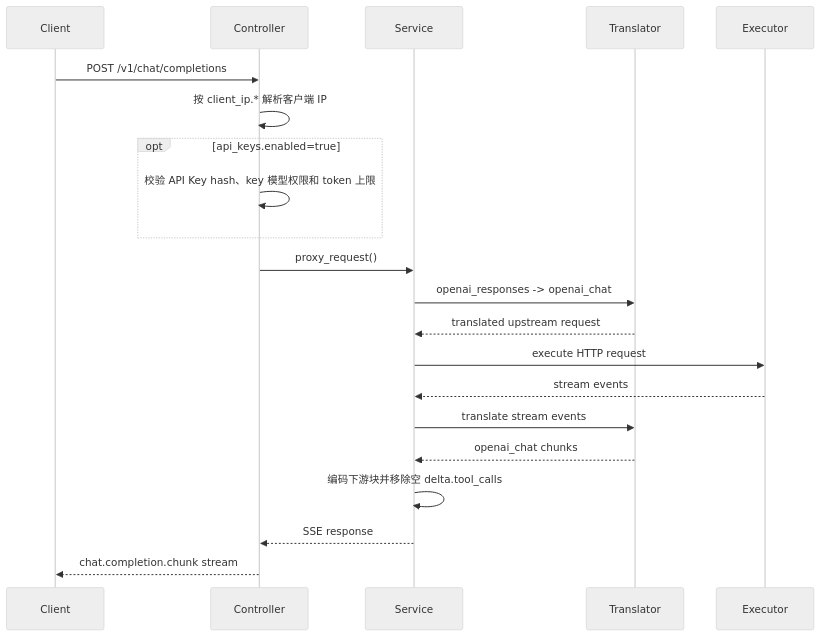
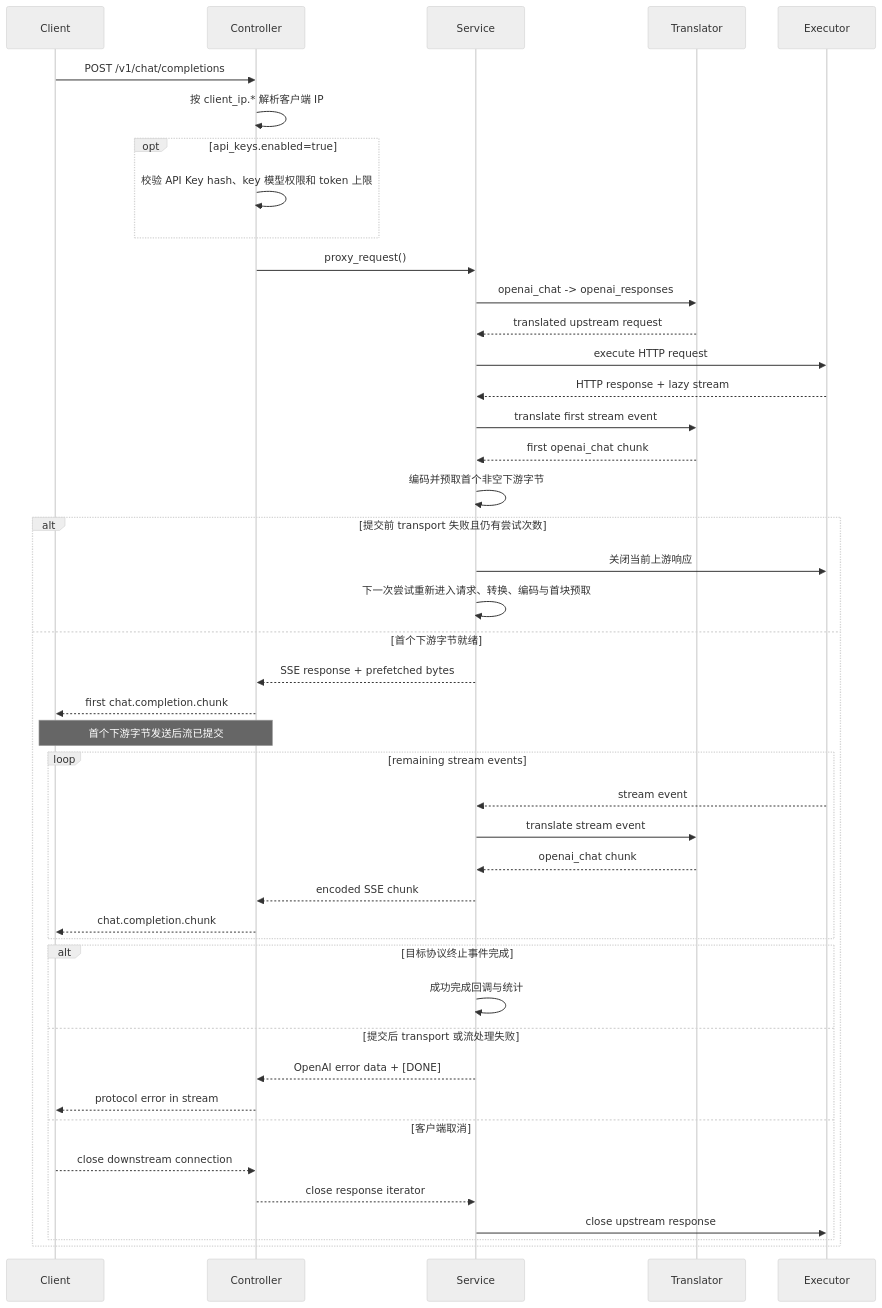
The first of 3 diagrams in docs/architecture-4plus1.md (VonSdite/LLM_Proxy), drawn with Mermaid (neutral theme) before and after one commit. The commit also changed other lines of this file and 9 other files, not shown here.

Commit message:
[fix]以首个非空、已编码的下游字节作为流提交边界。 提交前发生 IncompleteRead、ChunkedEncodingError、OSError 时自动重试或切换 OAuth 认证文件。 提交后断流按 Chat、Responses、Claude 协议发送流内错误，不再把异常抛给 gevent。 已发送终止事件后的 framing 异常保持成功状态。 Codex/Claude 缺少正式终止事件的 EOF 按未完成流处理。 客户端取消会关闭上游，不记录成功统计，不污染认证状态。 明确 max_retries 表示包含首次请求的最大尝试次数，界面显示为 Max Attempts。

````diff
--- a/docs/architecture-4plus1.md
+++ b/docs/architecture-4plus1.md
@@ -823,24 +878,47 @@
 ```mermaid
 sequenceDiagram
     participant Client
     participant Controller
     participant Service
     participant Translator
     participant Executor
 
     Client->>Controller: POST /v1/chat/completions
     Controller->>Controller: 按 client_ip.* 解析客户端 IP
     opt api_keys.enabled=true
         Controller->>Controller: 校验 API Key hash、key 模型权限和 token 上限
     end
     Controller->>Service: proxy_request()
-    Service->>Translator: openai_responses -> openai_chat
+    Service->>Translator: openai_chat -> openai_responses
     Translator-->>Service: translated upstream request
     Service->>Executor: execute HTTP request
-    Executor-->>Service: stream events
-    Service->>Translator: translate stream events
-    Translator-->>Service: openai_chat chunks
-    Service->>Service: 编码下游块并移除空 delta.tool_calls
-    Service-->>Controller: SSE response
-    Controller-->>Client: chat.completion.chunk stream
+    Executor-->>Service: HTTP response + lazy stream
+    Service->>Translator: translate first stream event
+    Translator-->>Service: first openai_chat chunk
+    Service->>Service: 编码并预取首个非空下游字节
+    alt 提交前 transport 失败且仍有尝试次数
+        Service->>Executor: 关闭当前上游响应
+        Service->>Service: 下一次尝试重新进入请求、转换、编码与首块预取
+    else 首个下游字节就绪
+        Service-->>Controller: SSE response + prefetched bytes
+        Controller-->>Client: first chat.completion.chunk
+        Note over Controller,Client: 首个下游字节发送后流已提交
+        loop remaining stream events
+            Executor-->>Service: stream event
+            Service->>Translator: translate stream event
+            Translator-->>Service: openai_chat chunk
+            Service-->>Controller: encoded SSE chunk
+            Controller-->>Client: chat.completion.chunk
+        end
+        alt 目标协议终止事件完成
+            Service->>Service: 成功完成回调与统计
+        else 提交后 transport 或流处理失败
+            Service-->>Controller: OpenAI error data + [DONE]
+            Controller-->>Client: protocol error in stream
+        else 客户端取消
+            Client-->>Controller: close downstream connection
+            Controller-->>Service: close response iterator
+            Service->>Executor: close upstream response
+        end
+    end
 ```
````
